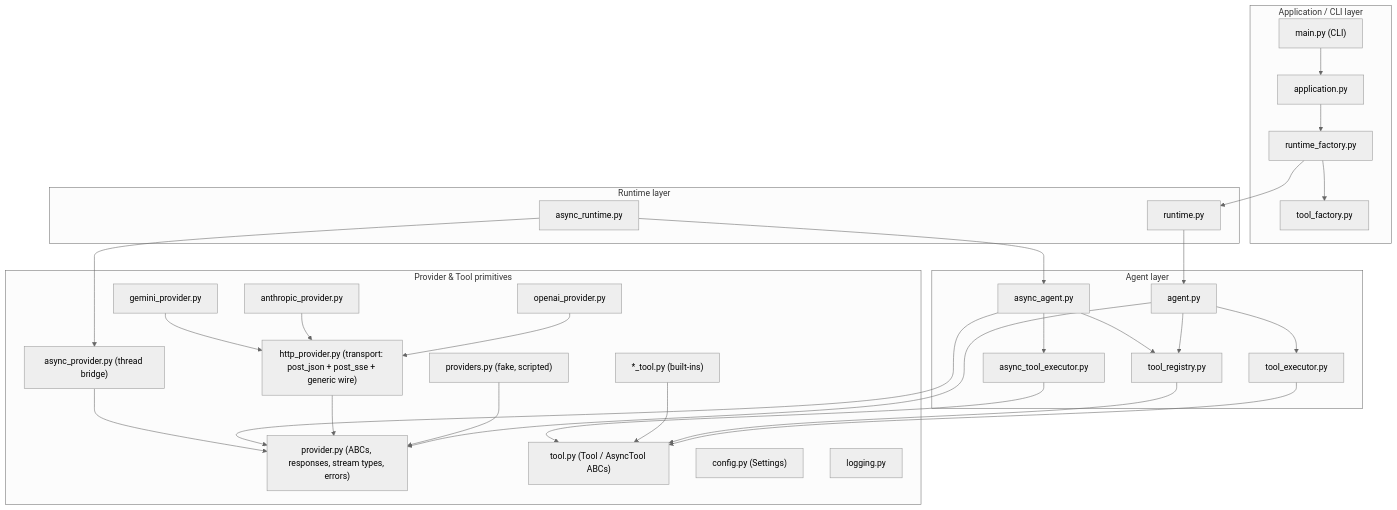
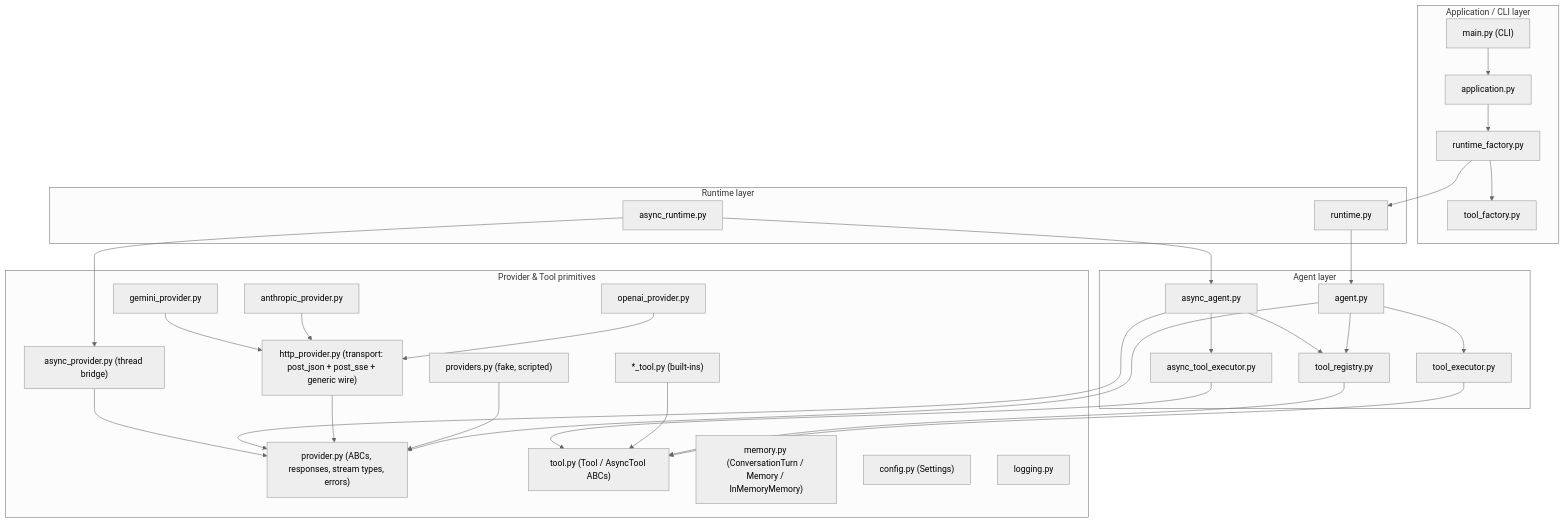
The diagram in docs/architecture.md (Abolfazlrwm/nexusagent), drawn with Mermaid (neutral theme) before and after one commit. The commit also changed other lines of this file and 5 other files, not shown here.

````diff
--- a/docs/architecture.md
+++ b/docs/architecture.md
@@ -8,54 +8,55 @@
 ```mermaid
 flowchart TB
     subgraph L4["Application / CLI layer"]
         MAIN["main.py (CLI)"]
         APP["application.py"]
         RF["runtime_factory.py"]
         TF["tool_factory.py"]
     end
     subgraph L3["Runtime layer"]
         RT["runtime.py"]
         ART["async_runtime.py"]
     end
     subgraph L2["Agent layer"]
         AG["agent.py"]
         AAG["async_agent.py"]
         TE["tool_executor.py"]
         ATE["async_tool_executor.py"]
         TRG["tool_registry.py"]
     end
     subgraph L1["Provider & Tool primitives"]
         PR["provider.py (ABCs, responses, stream types, errors)"]
         APV["async_provider.py (thread bridge)"]
         PV["providers.py (fake, scripted)"]
         HP["http_provider.py (transport: post_json + post_sse + generic wire)"]
         OP["openai_provider.py"]
         ANP["anthropic_provider.py"]
         GNP["gemini_provider.py"]
         TL["tool.py (Tool / AsyncTool ABCs)"]
+        MEM["memory.py (ConversationTurn / Memory / InMemoryMemory)"]
         CT["*_tool.py (built-ins)"]
         CF["config.py (Settings)"]
         LG["logging.py"]
     end
     MAIN --> APP --> RF --> RT
     RF --> TF
     RT --> AG
     AG --> TE
     AG --> TRG
     AG --> PR
     TE --> TL
     TRG --> TL
     PV --> PR
     HP --> PR
     OP --> HP
     ANP --> HP
     GNP --> HP
     CT --> TL
     ART --> AAG
     AAG --> ATE
     AAG --> TRG
     AAG --> PR
     ATE --> TL
     ART --> APV
     APV --> PR
 ```
````
